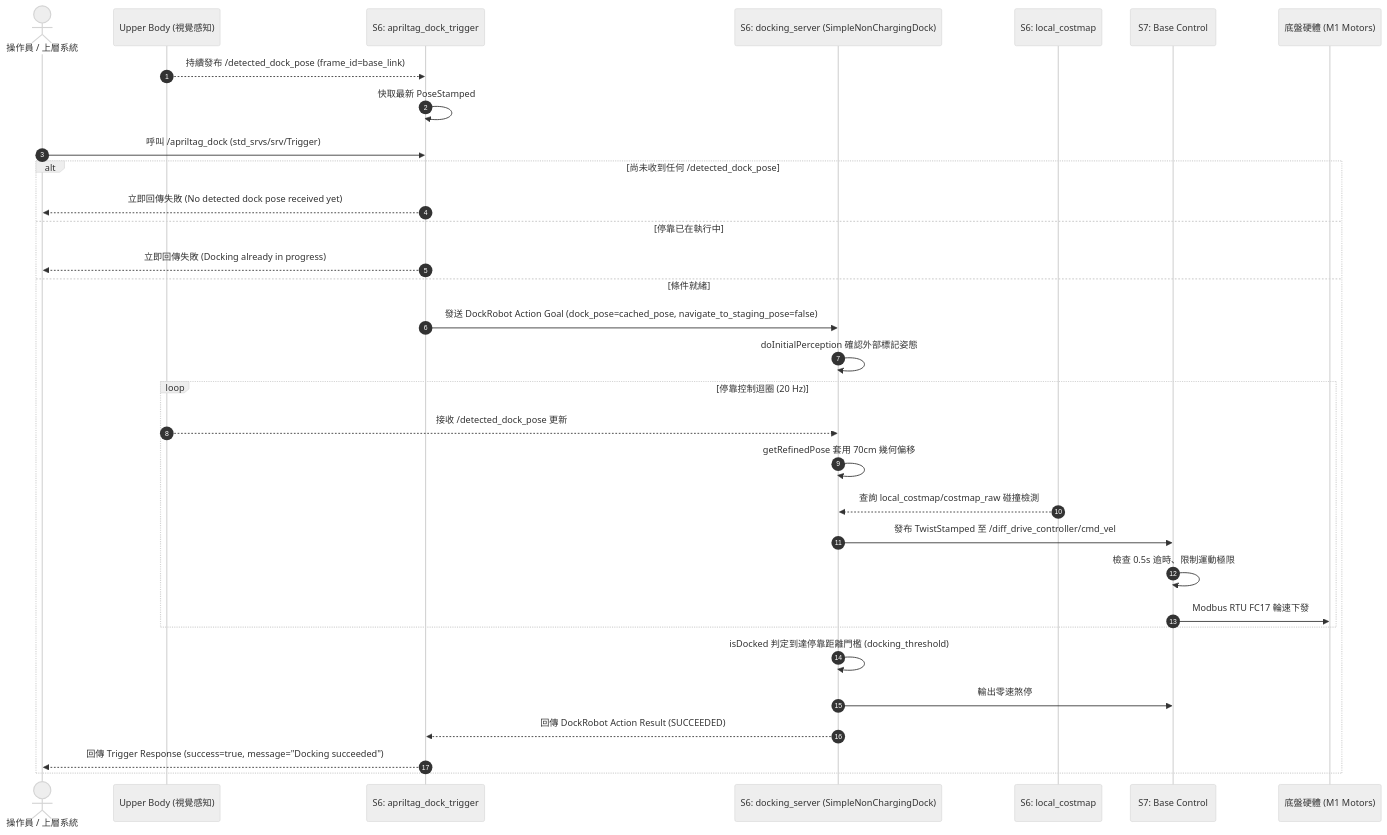
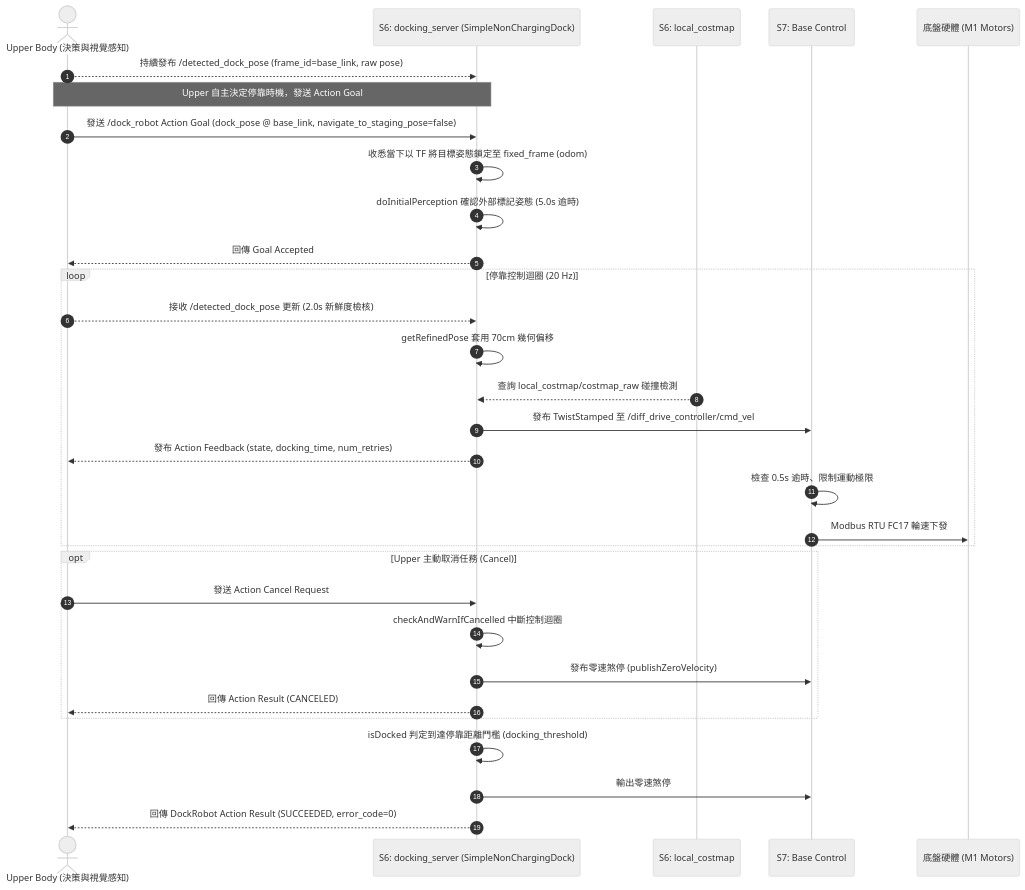
Before and after one commit to monkey30440/mobile_base: the sixth of 6 diagrams in docs/04_SYSTEMS.md, drawn with Mermaid (neutral theme). The commit also changed other lines of this file and 10 other files, not shown here.

Commit message:
refactor(docking): use native DockRobot action

````diff
--- a/docs/04_SYSTEMS.md
+++ b/docs/04_SYSTEMS.md
@@ -855,38 +856,38 @@
 ```mermaid
 sequenceDiagram
     autonumber
-    actor User as 操作員 / 上層系統
-    participant Upper as Upper Body (視覺感知)
-    participant Trigger as S6: apriltag_dock_trigger
+    actor Upper as Upper Body (決策與視覺感知)
     participant Dock as S6: docking_server (SimpleNonChargingDock)
     participant Costmap as S6: local_costmap
     participant S7 as S7: Base Control
     participant M1 as 底盤硬體 (M1 Motors)
 
-    Upper-->>Trigger: 持續發布 /detected_dock_pose (frame_id=base_link)
-    Trigger->>Trigger: 快取最新 PoseStamped
+    Upper-->>Dock: 持續發布 /detected_dock_pose (frame_id=base_link, raw pose)
 
-    User->>Trigger: 呼叫 /apriltag_dock (std_srvs/srv/Trigger)
-    alt 尚未收到任何 /detected_dock_pose
-        Trigger-->>User: 立即回傳失敗 (No detected dock pose received yet)
-    else 停靠已在執行中
-        Trigger-->>User: 立即回傳失敗 (Docking already in progress)
-    else 條件就緒
-        Trigger->>Dock: 發送 DockRobot Action Goal (dock_pose=cached_pose, navigate_to_staging_pose=false)
-        Dock->>Dock: doInitialPerception 確認外部標記姿態
+    Note over Upper,Dock: Upper 自主決定停靠時機，發送 Action Goal
+    Upper->>Dock: 發送 /dock_robot Action Goal (dock_pose @ base_link, navigate_to_staging_pose=false)
+    Dock->>Dock: 收悉當下以 TF 將目標姿態鎖定至 fixed_frame (odom)
+    Dock->>Dock: doInitialPerception 確認外部標記姿態 (5.0s 逾時)
+    Dock-->>Upper: 回傳 Goal Accepted
 
-        loop 停靠控制迴圈 (20 Hz)
-            Upper-->>Dock: 接收 /detected_dock_pose 更新
-            Dock->>Dock: getRefinedPose 套用 70cm 幾何偏移
-            Costmap-->>Dock: 查詢 local_costmap/costmap_raw 碰撞檢測
-            Dock->>S7: 發布 TwistStamped 至 /diff_drive_controller/cmd_vel
-            S7->>S7: 檢查 0.5s 逾時、限制運動極限
-            S7->>M1: Modbus RTU FC17 輪速下發
-        end
+    loop 停靠控制迴圈 (20 Hz)
+        Upper-->>Dock: 接收 /detected_dock_pose 更新 (2.0s 新鮮度檢核)
+        Dock->>Dock: getRefinedPose 套用 70cm 幾何偏移
+        Costmap-->>Dock: 查詢 local_costmap/costmap_raw 碰撞檢測
+        Dock->>S7: 發布 TwistStamped 至 /diff_drive_controller/cmd_vel
+        Dock-->>Upper: 發布 Action Feedback (state, docking_time, num_retries)
+        S7->>S7: 檢查 0.5s 逾時、限制運動極限
+        S7->>M1: Modbus RTU FC17 輪速下發
+    end
 
-        Dock->>Dock: isDocked 判定到達停靠距離門檻 (docking_threshold)
-        Dock->>S7: 輸出零速煞停
-        Dock-->>Trigger: 回傳 DockRobot Action Result (SUCCEEDED)
-        Trigger-->>User: 回傳 Trigger Response (success=true, message="Docking succeeded")
+    opt Upper 主動取消任務 (Cancel)
+        Upper->>Dock: 發送 Action Cancel Request
+        Dock->>Dock: checkAndWarnIfCancelled 中斷控制迴圈
+        Dock->>S7: 發布零速煞停 (publishZeroVelocity)
+        Dock-->>Upper: 回傳 Action Result (CANCELED)
     end
+
+    Dock->>Dock: isDocked 判定到達停靠距離門檻 (docking_threshold)
+    Dock->>S7: 輸出零速煞停
+    Dock-->>Upper: 回傳 DockRobot Action Result (SUCCEEDED, error_code=0)
 ```
````
